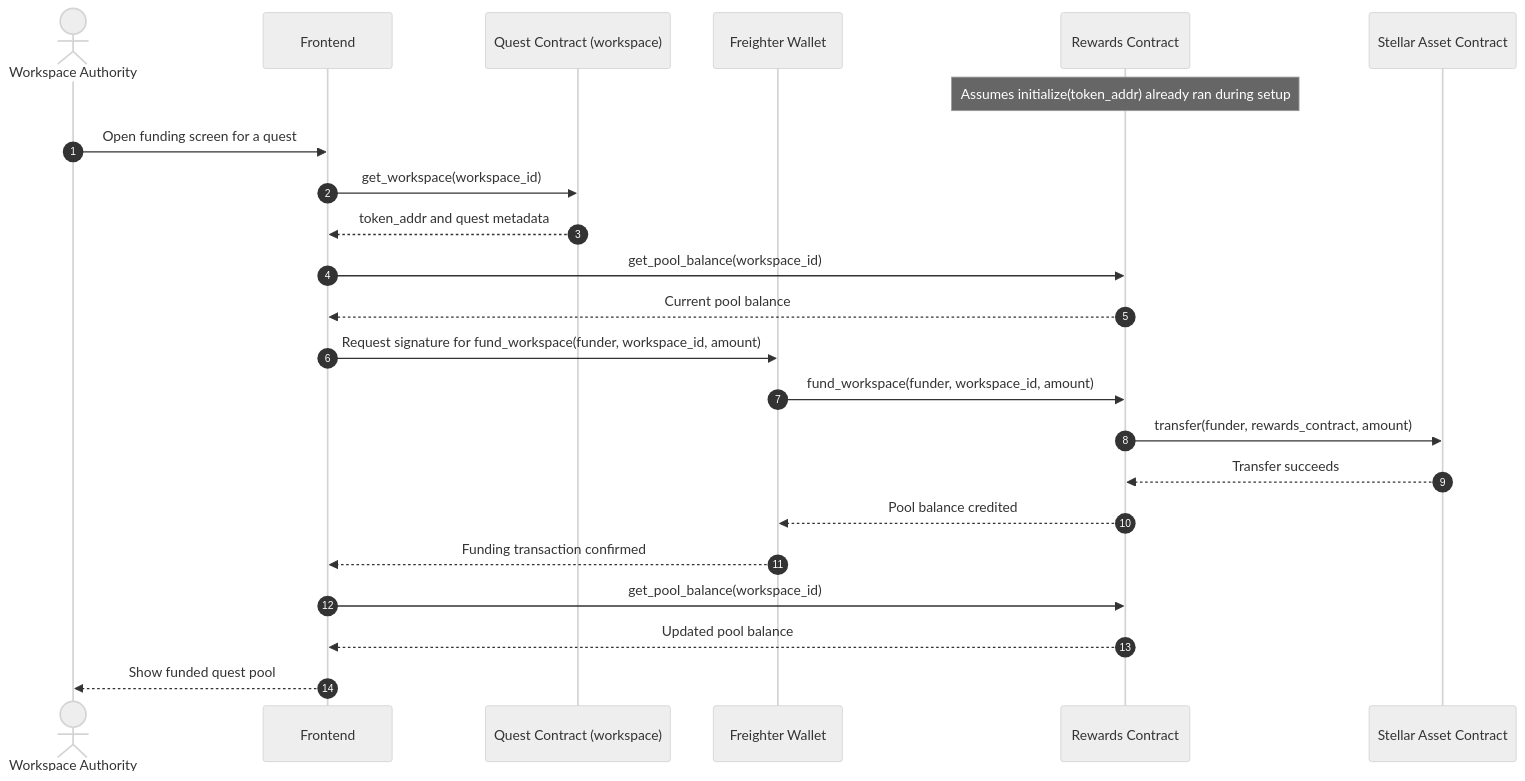
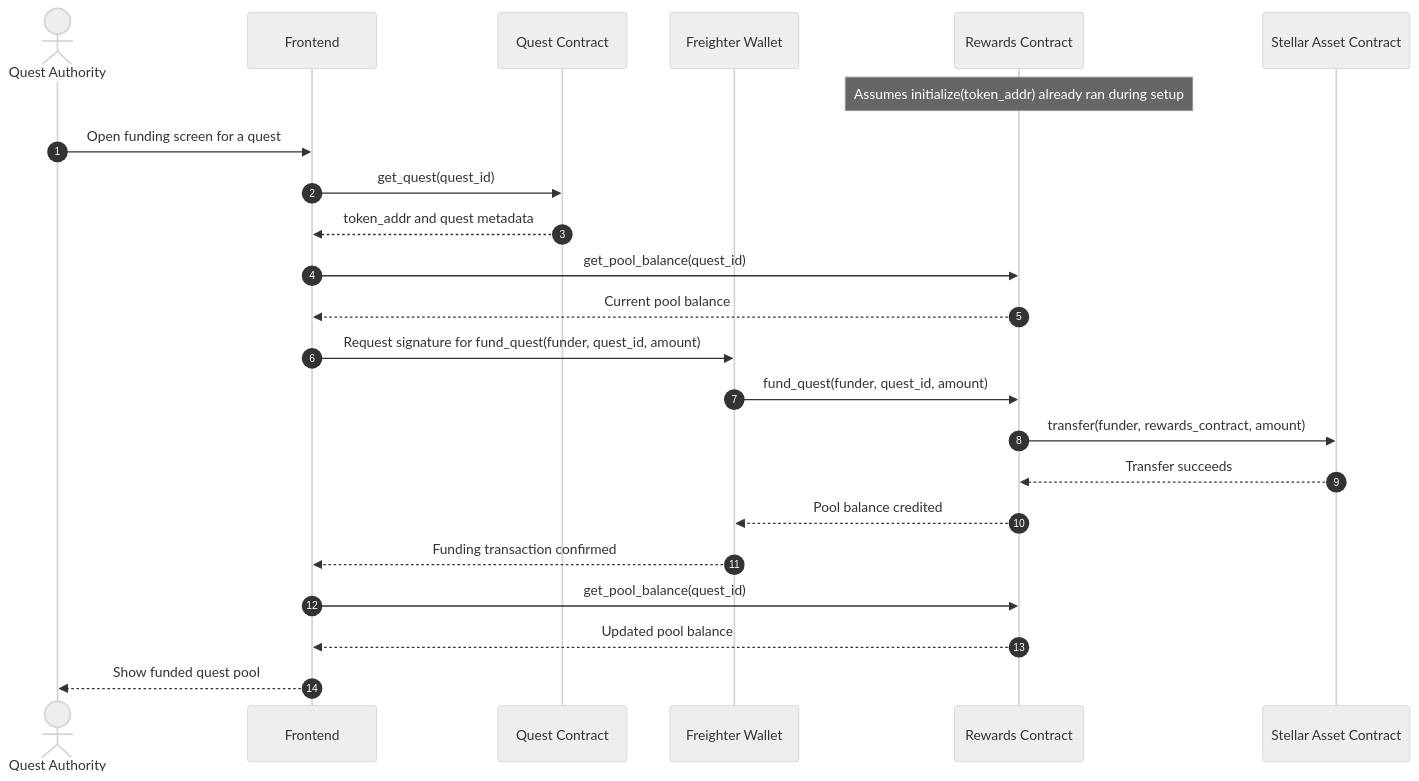
The diagram in docs/funding-flow.md (lernza/lernza), drawn with Mermaid (neutral theme) before and after one commit. The commit also changed other lines of this file and 6 other files, not shown here.

First line of the commit message:
docs: update documentation to use quest terminology and fix flow diagrams

````diff
--- a/docs/funding-flow.md
+++ b/docs/funding-flow.md
@@ -5,27 +5,27 @@
 ```mermaid
 sequenceDiagram
     autonumber
-    actor Authority as Workspace Authority
+    actor Authority as Quest Authority
     participant FE as Frontend
-    participant Quest as Quest Contract (workspace)
+    participant Quest as Quest Contract
     participant Wallet as Freighter Wallet
     participant Rewards as Rewards Contract
     participant Token as Stellar Asset Contract
 
     Note over Rewards: Assumes initialize(token_addr) already ran during setup
 
     Authority->>FE: Open funding screen for a quest
-    FE->>Quest: get_workspace(workspace_id)
+    FE->>Quest: get_quest(quest_id)
     Quest-->>FE: token_addr and quest metadata
-    FE->>Rewards: get_pool_balance(workspace_id)
+    FE->>Rewards: get_pool_balance(quest_id)
     Rewards-->>FE: Current pool balance
-    FE->>Wallet: Request signature for fund_workspace(funder, workspace_id, amount)
-    Wallet->>Rewards: fund_workspace(funder, workspace_id, amount)
+    FE->>Wallet: Request signature for fund_quest(funder, quest_id, amount)
+    Wallet->>Rewards: fund_quest(funder, quest_id, amount)
     Rewards->>Token: transfer(funder, rewards_contract, amount)
     Token-->>Rewards: Transfer succeeds
     Rewards-->>Wallet: Pool balance credited
     Wallet-->>FE: Funding transaction confirmed
-    FE->>Rewards: get_pool_balance(workspace_id)
+    FE->>Rewards: get_pool_balance(quest_id)
     Rewards-->>FE: Updated pool balance
     FE-->>Authority: Show funded quest pool
 ```
````
